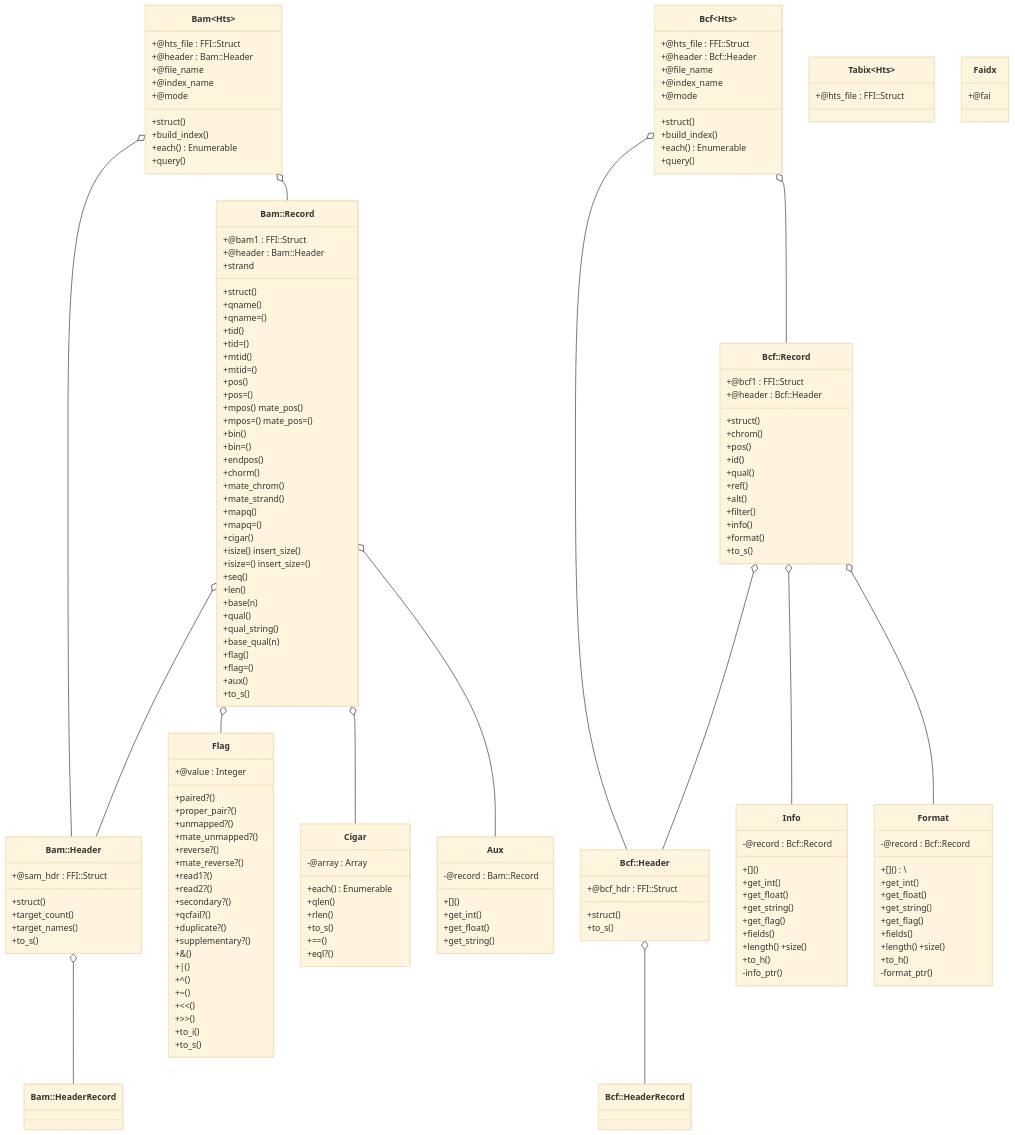
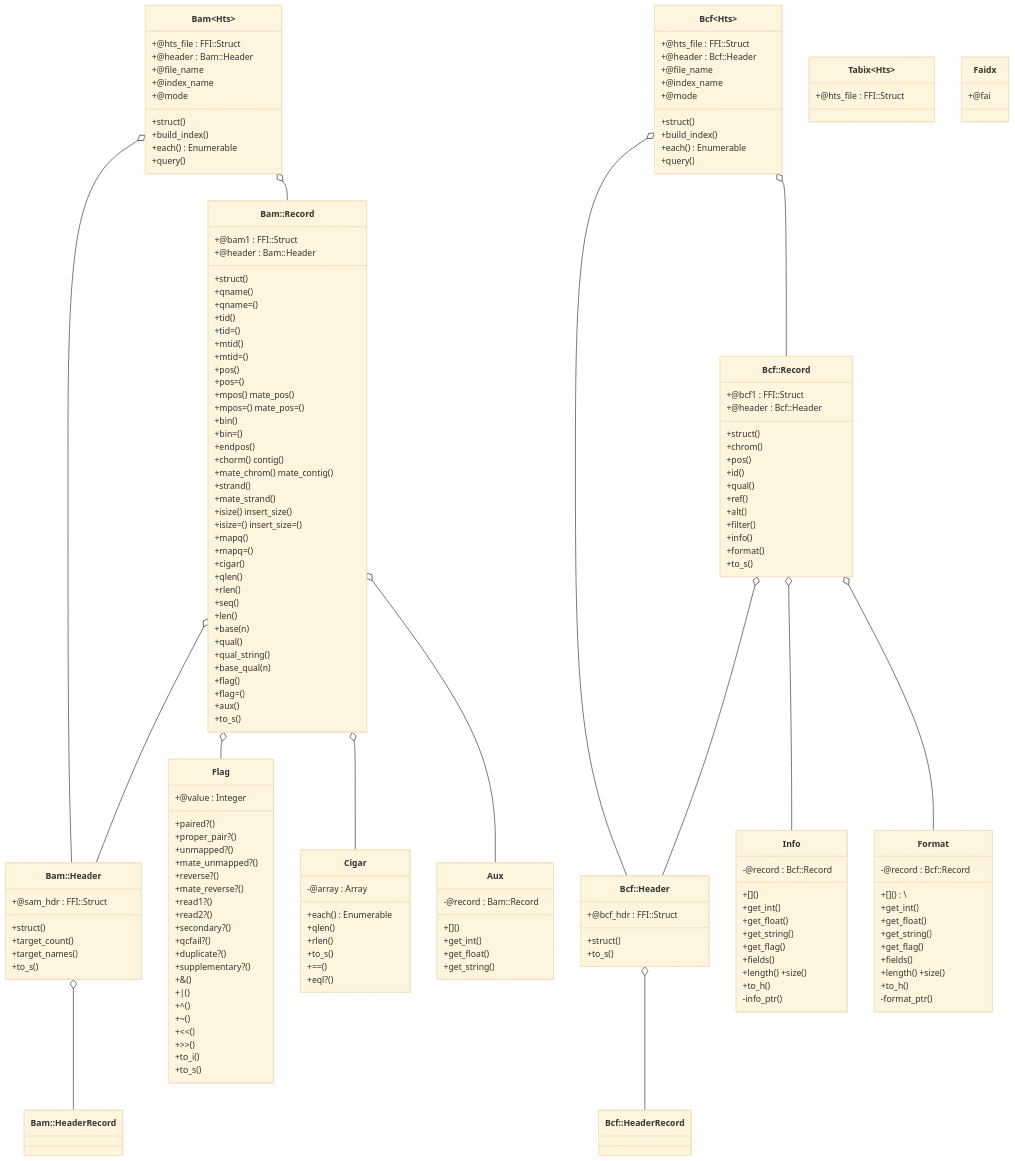
One commit to kojix2/ruby-htslib changed the diagram in TUTORIAL.md. Above: the diagram before and after it, drawn with Mermaid.

```diff
--- a/TUTORIAL.md
+++ b/TUTORIAL.md
@@ -65,15 +65,17 @@
   +bin()
   +bin=()
   +endpos()
-  +chorm()
-  +mate_chrom()
-  +strand
+  +chorm() contig()
+  +mate_chrom() mate_contig()
+  +strand()
   +mate_strand()
+  +isize() insert_size()
+  +isize=() insert_size=()
   +mapq()
   +mapq=()
   +cigar()
-  +isize() insert_size()
-  +isize=() insert_size=()
+  +qlen()
+  +rlen()
   +seq()
   +len()
   +base(n)
```
